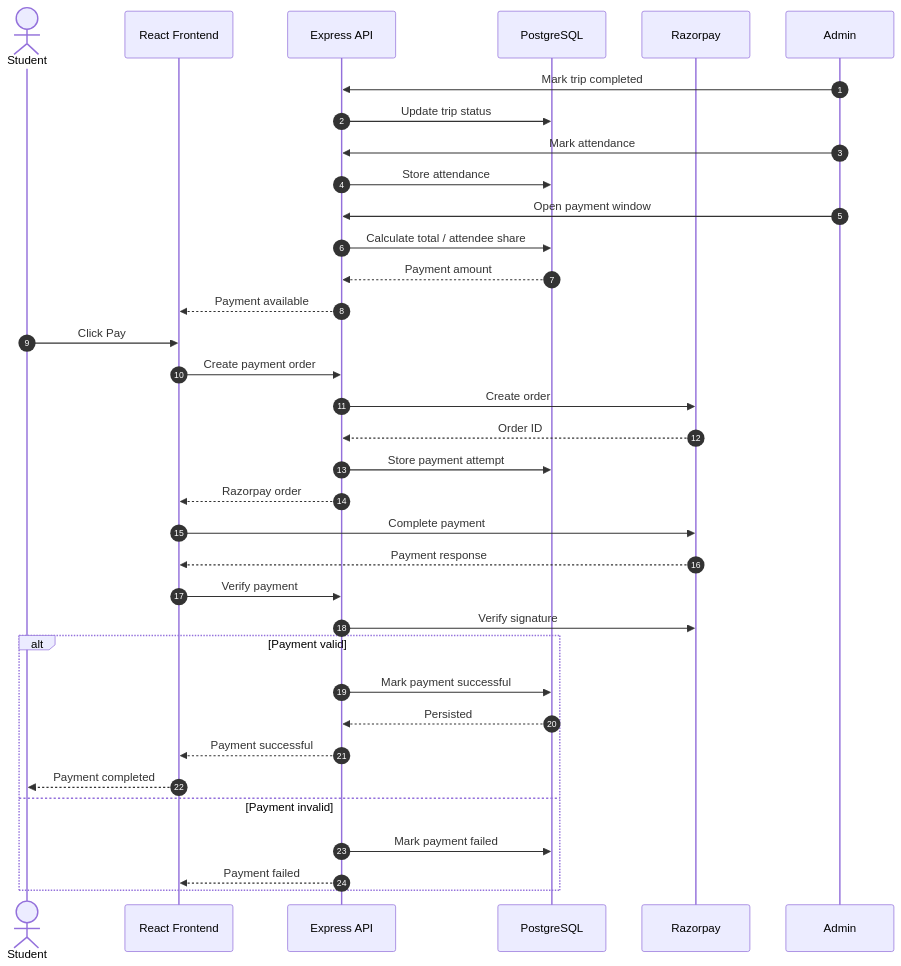
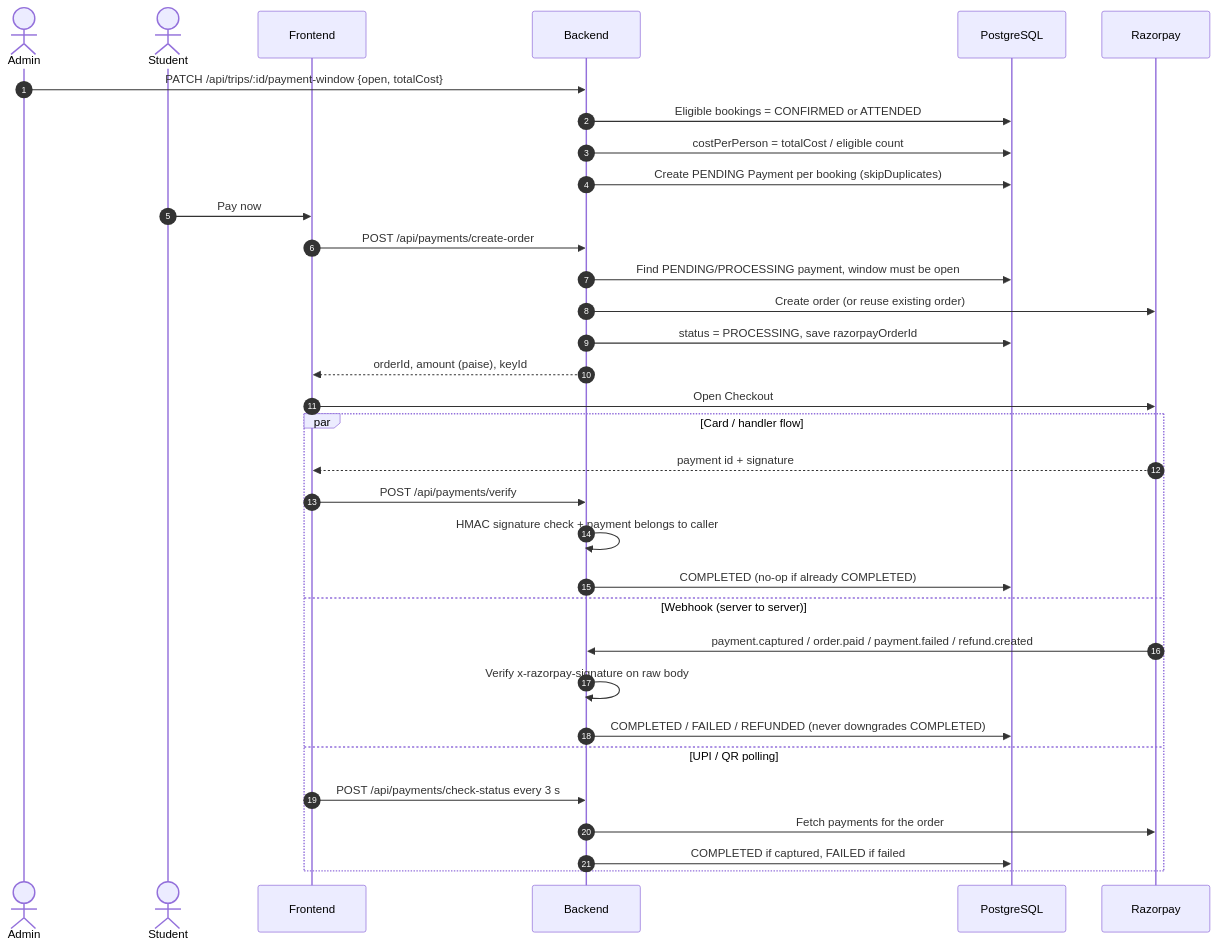
One commit to mobashshir-ubn-zainuddin/friday-cab-management changed the fifth of 6 diagrams in README.md. Above: the diagram before and after it, drawn with Mermaid. The commit also changed other lines of this file and 2 other files, not shown here.

Commit message:
updated report and added syatem architecture and remove server's 5 minute cache if admin rights have been removed from any person which was leaving a securitry gap.

````diff
--- a/README.md
+++ b/README.md
@@ -606,47 +277,38 @@
 ```mermaid
 sequenceDiagram
     autonumber
+    actor A as Admin
+    actor S as Student
+    participant FE as Frontend
+    participant API as Backend
+    participant DB as PostgreSQL
+    participant R as Razorpay
 
-    actor Student
-    participant UI as React Frontend
-    participant API as Express API
-    participant DB as PostgreSQL
-    participant Razorpay as Razorpay
+    A->>API: PATCH /api/trips/:id/payment-window {open, totalCost}
+    API->>DB: Eligible bookings = CONFIRMED or ATTENDED
+    API->>DB: costPerPerson = totalCost / eligible count
+    API->>DB: Create PENDING Payment per booking (skipDuplicates)
 
-    Admin->>API: Mark trip completed
-    API->>DB: Update trip status
+    S->>FE: Pay now
+    FE->>API: POST /api/payments/create-order
+    API->>DB: Find PENDING/PROCESSING payment, window must be open
+    API->>R: Create order (or reuse existing order)
+    API->>DB: status = PROCESSING, save razorpayOrderId
+    API-->>FE: orderId, amount (paise), keyId
+    FE->>R: Open Checkout
 
-    Admin->>API: Mark attendance
-    API->>DB: Store attendance
-
-    Admin->>API: Open payment window
-    API->>DB: Calculate total / attendee share
-    DB-->>API: Payment amount
-
-    API-->>UI: Payment available
-
-    Student->>UI: Click Pay
-    UI->>API: Create payment order
-
-    API->>Razorpay: Create order
-    Razorpay-->>API: Order ID
-
-    API->>DB: Store payment attempt
-    API-->>UI: Razorpay order
-
-    UI->>Razorpay: Complete payment
-    Razorpay-->>UI: Payment response
-
-    UI->>API: Verify payment
-    API->>Razorpay: Verify signature
-
-    alt Payment valid
-        API->>DB: Mark payment successful
-        DB-->>API: Persisted
-        API-->>UI: Payment successful
-        UI-->>Student: Payment completed
-    else Payment invalid
-        API->>DB: Mark payment failed
-        API-->>UI: Payment failed
+    par Card / handler flow
+        R-->>FE: payment id + signature
+        FE->>API: POST /api/payments/verify
+        API->>API: HMAC signature check + payment belongs to caller
+        API->>DB: COMPLETED (no-op if already COMPLETED)
+    and Webhook (server to server)
+        R->>API: payment.captured / order.paid / payment.failed / refund.created
+        API->>API: Verify x-razorpay-signature on raw body
+        API->>DB: COMPLETED / FAILED / REFUNDED (never downgrades COMPLETED)
+    and UPI / QR polling
+        FE->>API: POST /api/payments/check-status every 3 s
+        API->>R: Fetch payments for the order
+        API->>DB: COMPLETED if captured, FAILED if failed
     end
 ```
````
